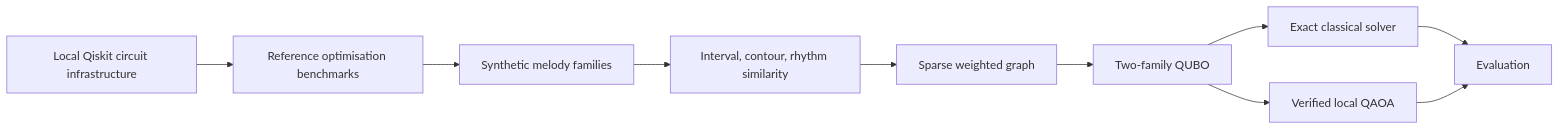
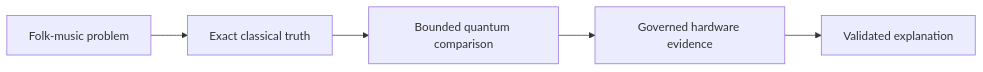
One commit to GwriPennar/quantum-folk-lab changed the diagram in README.md. Above: the diagram before and after it, drawn with Mermaid. The commit also changed other lines of this file and 11 other files, not shown here.

````diff
--- a/README.md
+++ b/README.md
@@ -19,12 +82,7 @@
 ```mermaid
 flowchart LR
-  A["Local Qiskit circuit infrastructure"] --> B["Reference optimisation benchmarks"]
-  B --> C["Synthetic melody families"]
-  C --> D["Interval, contour, rhythm similarity"]
-  D --> E["Sparse weighted graph"]
-  E --> F["Two-family QUBO"]
-  F --> G["Exact classical solver"]
-  F --> H["Verified local QAOA"]
-  G --> I["Evaluation"]
-  H --> I
+  A["Folk-music problem"] --> B["Exact classical truth"]
+  B --> C["Bounded quantum comparison"]
+  C --> D["Governed hardware evidence"]
+  D --> E["Validated explanation"]
 ```
````
